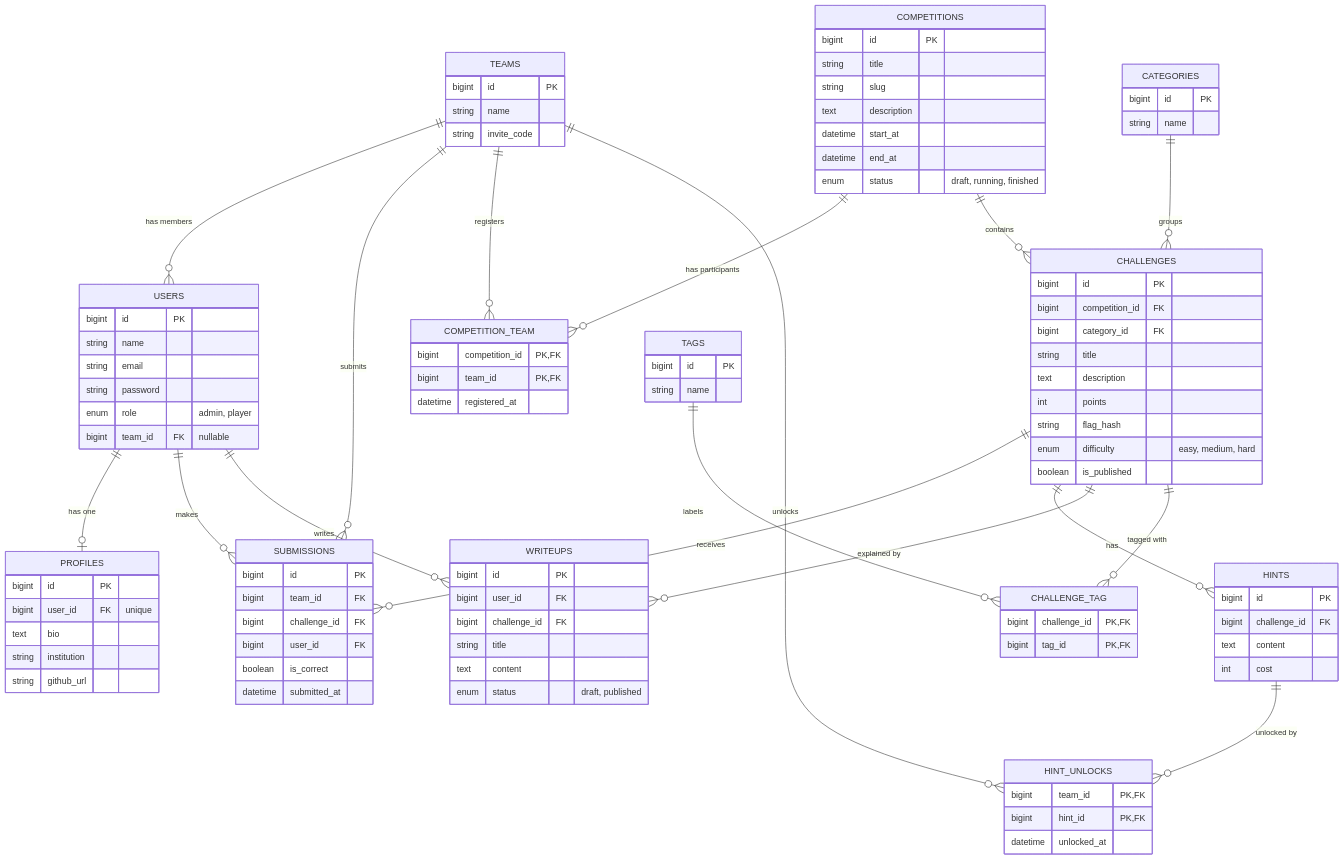
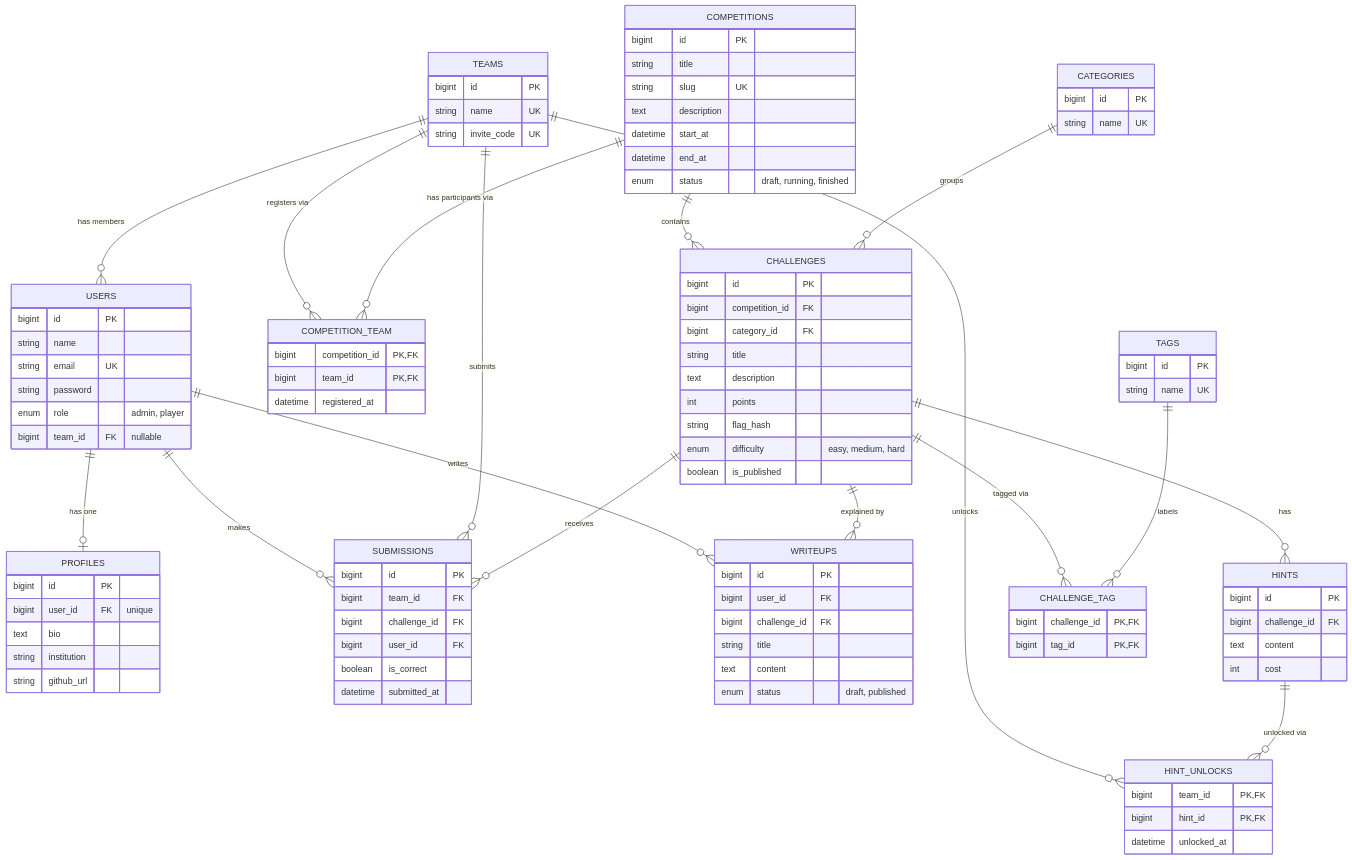
Before and after one commit to deadyiss/laravel5d: the diagram in README.md, drawn with Mermaid. The commit also changed other lines of this file and 3 other files, not shown here.

Commit message:
"P01-J2: add ERD documentation and sync README diagram"

````diff
--- a/README.md
+++ b/README.md
@@ -24,9 +24,28 @@
 ```mermaid
 erDiagram
+    USERS ||--o| PROFILES : "has one"
+    TEAMS ||--o{ USERS : "has members"
+    USERS ||--o{ SUBMISSIONS : "makes"
+    USERS ||--o{ WRITEUPS : "writes"
+
+    TEAMS ||--o{ SUBMISSIONS : "submits"
+    TEAMS ||--o{ COMPETITION_TEAM : "registers via"
+    COMPETITIONS ||--o{ COMPETITION_TEAM : "has participants via"
+    TEAMS ||--o{ HINT_UNLOCKS : "unlocks"
+    HINTS ||--o{ HINT_UNLOCKS : "unlocked via"
+
+    COMPETITIONS ||--o{ CHALLENGES : "contains"
+    CATEGORIES ||--o{ CHALLENGES : "groups"
+    CHALLENGES ||--o{ SUBMISSIONS : "receives"
+    CHALLENGES ||--o{ HINTS : "has"
+    CHALLENGES ||--o{ WRITEUPS : "explained by"
+    CHALLENGES ||--o{ CHALLENGE_TAG : "tagged via"
+    TAGS ||--o{ CHALLENGE_TAG : "labels"
+
     USERS {
         bigint id PK
         string name
-        string email
+        string email UK
         string password
         enum role "admin, player"
         bigint team_id FK "nullable"
@@ -40,13 +59,13 @@
     }
     TEAMS {
         bigint id PK
-        string name
-        string invite_code
+        string name UK
+        string invite_code UK
     }
     COMPETITIONS {
         bigint id PK
         string title
-        string slug
+        string slug UK
         text description
         datetime start_at
         datetime end_at
@@ -59,7 +78,7 @@
     }
     CATEGORIES {
         bigint id PK
-        string name
+        string name UK
     }
     CHALLENGES {
         bigint id PK
@@ -74,7 +93,7 @@
     }
     TAGS {
         bigint id PK
-        string name
+        string name UK
     }
     CHALLENGE_TAG {
         bigint challenge_id PK, FK
@@ -107,21 +126,4 @@
         text content
         enum status "draft, published"
     }
-
-    USERS ||--o| PROFILES : "has one"
-    TEAMS ||--o{ USERS : "has members"
-    USERS ||--o{ SUBMISSIONS : makes
-    USERS ||--o{ WRITEUPS : writes
-    TEAMS ||--o{ SUBMISSIONS : submits
-    TEAMS ||--o{ COMPETITION_TEAM : registers
-    COMPETITIONS ||--o{ COMPETITION_TEAM : "has participants"
-    COMPETITIONS ||--o{ CHALLENGES : contains
-    CATEGORIES ||--o{ CHALLENGES : groups
-    CHALLENGES ||--o{ SUBMISSIONS : receives
-    CHALLENGES ||--o{ HINTS : has
-    CHALLENGES ||--o{ WRITEUPS : "explained by"
-    CHALLENGES ||--o{ CHALLENGE_TAG : "tagged with"
-    TAGS ||--o{ CHALLENGE_TAG : labels
-    TEAMS ||--o{ HINT_UNLOCKS : unlocks
-    HINTS ||--o{ HINT_UNLOCKS : "unlocked by"
 ```
````
